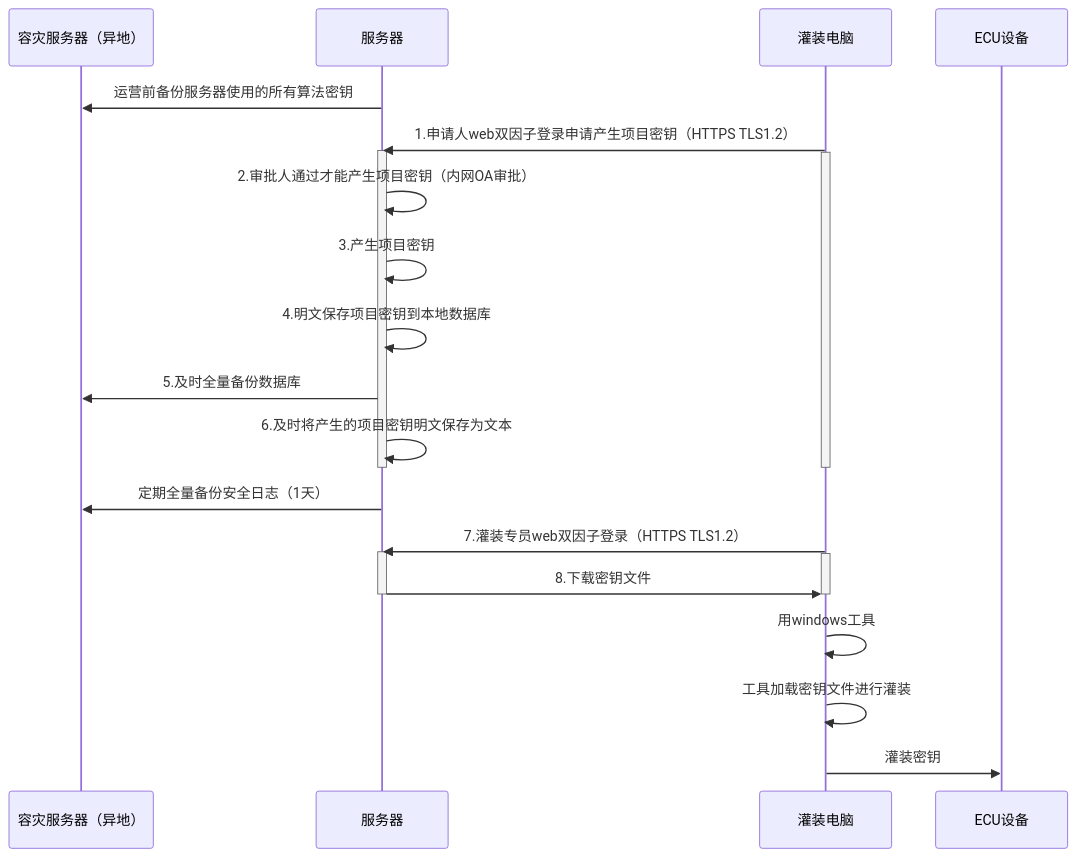
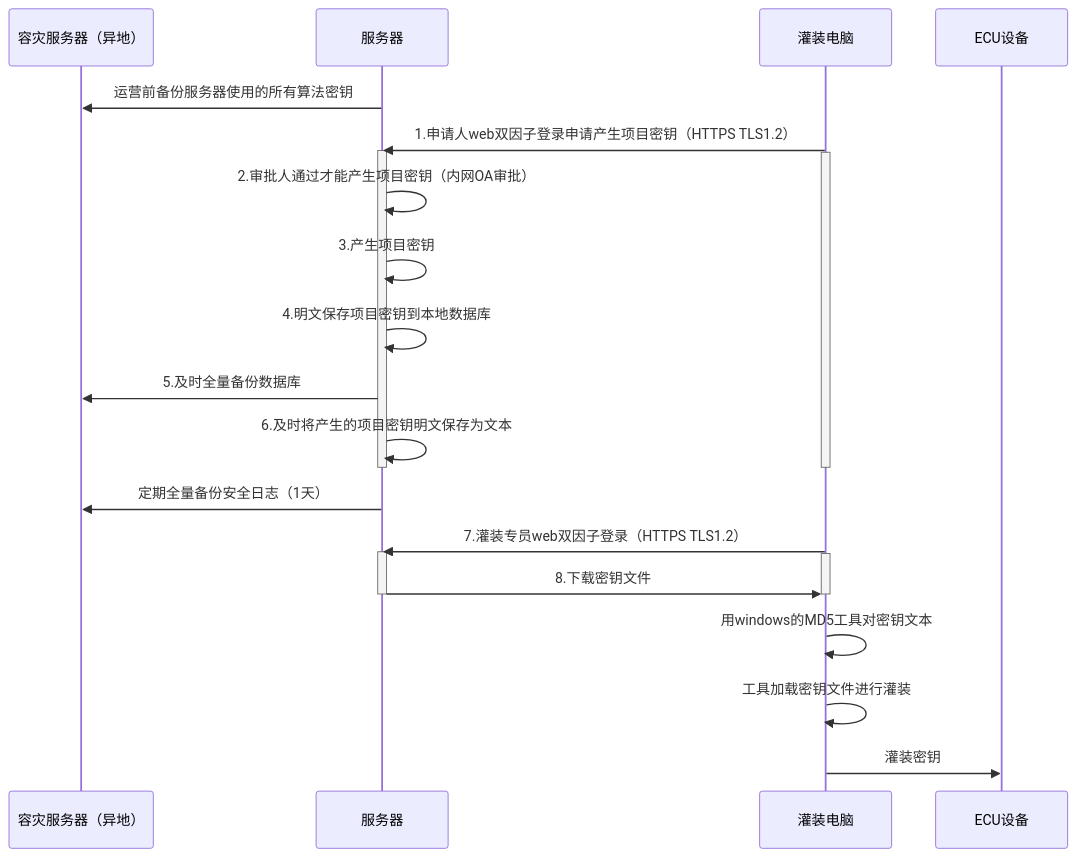
The diagram in all/未命名-17.md (facebook-cloud/iodraw-files), drawn with Mermaid before and after one commit.

Commit message:
2026-03-05 20:53:54 update

````diff
--- a/all/未命名-17.md
+++ b/all/未命名-17.md
@@ -1,33 +1,33 @@
 ```mermaid
 sequenceDiagram
     participant A as 容灾服务器（异地）
     participant B as 服务器
     participant D as 灌装电脑
     participant E as ECU设备
 
     B->>A: 运营前备份服务器使用的所有算法密钥
     D->>B: 1.申请人web双因子登录申请产生项目密钥（HTTPS TLS1.2）
     activate B
     activate D
     B->>B: 2.审批人通过才能产生项目密钥（内网OA审批）
     B->>B: 3.产生项目密钥
     B->>B: 4.明文保存项目密钥到本地数据库
     B->>A: 5.及时全量备份数据库
     B->>B: 6.及时将产生的项目密钥明文保存为文本
     deactivate B
     deactivate D
 
     B->>A: 定期全量备份安全日志（1天）
     
     D->>B: 7.灌装专员web双因子登录（HTTPS TLS1.2）
     activate B
     activate D
     B->>D: 8.下载密钥文件
     deactivate B
     deactivate D
 
-    D->>D:用windows工具
+    D->>D:用windows的MD5工具对密钥文本
     D->>D:工具加载密钥文件进行灌装
     
     D->>E: 灌装密钥
 ```
````
